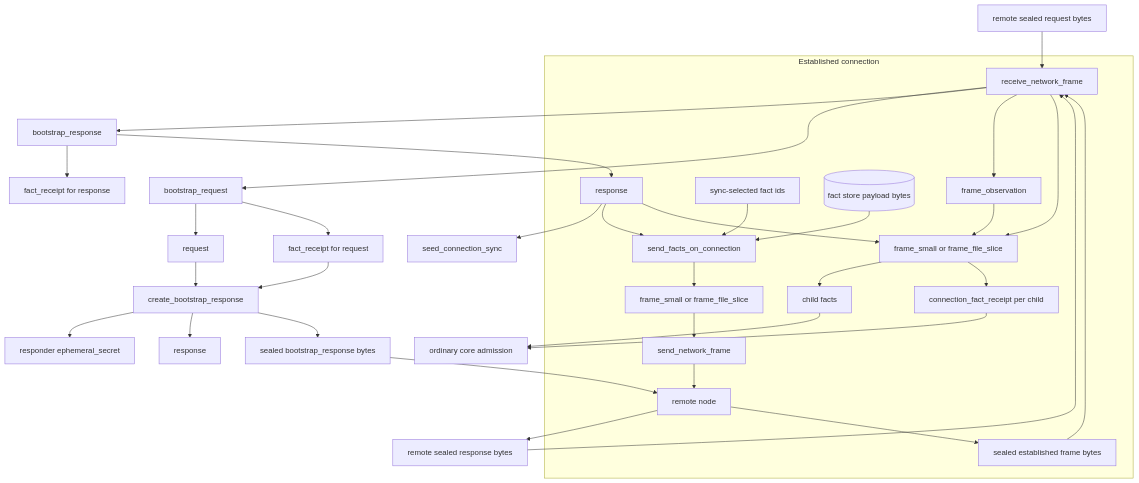
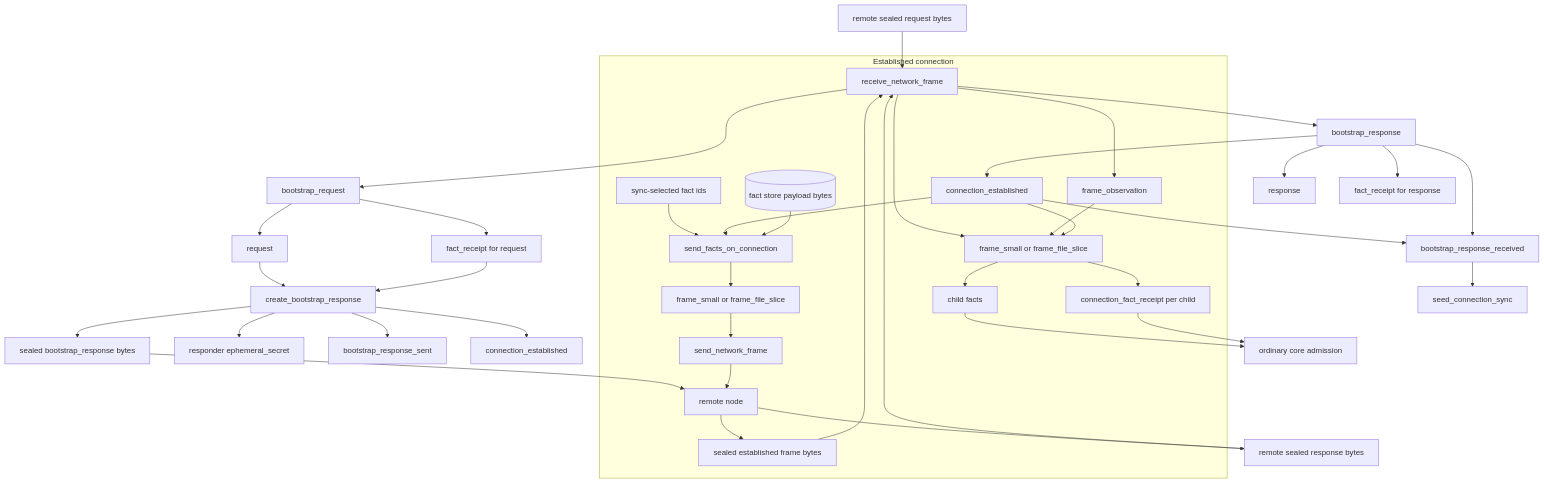
One commit to holmesworcester/poc-10 changed the fourth of 6 diagrams in ARCHITECTURE_DIAGRAMS.md. Above: the diagram before and after it, drawn with Mermaid. The commit also changed other lines of this file and 61 other files, not shown here.

Commit message:
Normalize bootstrap connection lifecycle

````diff
--- a/ARCHITECTURE_DIAGRAMS.md
+++ b/ARCHITECTURE_DIAGRAMS.md
@@ -156,41 +156,45 @@
 ```mermaid
 %%{init: {"flowchart": {"wrappingWidth": 340}} }%%
 flowchart TD
     REMOTE_REQ["remote sealed request bytes"] --> RECEIVE["receive_network_frame"]
     RECEIVE --> BOOT_REQ["bootstrap_request"]
     BOOT_REQ --> REQ["request"]
     BOOT_REQ --> REC1["fact_receipt for request"]
     REQ --> CREATE_RESP["create_bootstrap_response"]
     REC1 --> CREATE_RESP
     CREATE_RESP --> RESP_SECRET["responder ephemeral_secret"]
-    CREATE_RESP --> RESP["response"]
+    CREATE_RESP --> RESP_SENT["bootstrap_response_sent"]
+    CREATE_RESP --> ESTABLISHED_A["connection_established"]
     CREATE_RESP --> BOOT_RESP_OUT["sealed bootstrap_response bytes"]
     BOOT_RESP_OUT --> PEER["remote node"]
 
     PEER --> REMOTE_RESP["remote sealed response bytes"]
     REMOTE_RESP --> RECEIVE
     RECEIVE --> BOOT_RESP["bootstrap_response"]
     BOOT_RESP --> RESP_LOCAL["response"]
     BOOT_RESP --> REC2["fact_receipt for response"]
-    RESP_LOCAL --> SEED["seed_connection_sync"]
+    BOOT_RESP --> RESP_RECEIVED["bootstrap_response_received"]
+    BOOT_RESP --> ESTABLISHED_B["connection_established"]
+    ESTABLISHED_B --> RESP_RECEIVED
+    RESP_RECEIVED --> SEED["seed_connection_sync"]
 
     subgraph ESTABLISHED["Established connection"]
       SYNC_IDS["sync-selected fact ids"] --> SEND_IDS["send_facts_on_connection"]
-      RESP_LOCAL --> SEND_IDS
+      ESTABLISHED_B --> SEND_IDS
       FACT_STORE[("fact store payload bytes")] --> SEND_IDS
       SEND_IDS --> FRAME_OUT["frame_small or frame_file_slice"]
       FRAME_OUT --> NETWORK["send_network_frame"]
       NETWORK --> PEER
       PEER --> FRAME_IN_BYTES["sealed established frame bytes"]
       FRAME_IN_BYTES --> RECEIVE
       RECEIVE --> OBS["frame_observation"]
       RECEIVE --> FRAME_IN["frame_small or frame_file_slice"]
       OBS --> FRAME_IN
-      RESP_LOCAL --> FRAME_IN
+      ESTABLISHED_B --> FRAME_IN
       FRAME_IN --> CHILD["child facts"]
       FRAME_IN --> REC_CHILD["connection_fact_receipt per child"]
     end
 
     CHILD --> CORE["ordinary core admission"]
     REC_CHILD --> CORE
 ```
````
